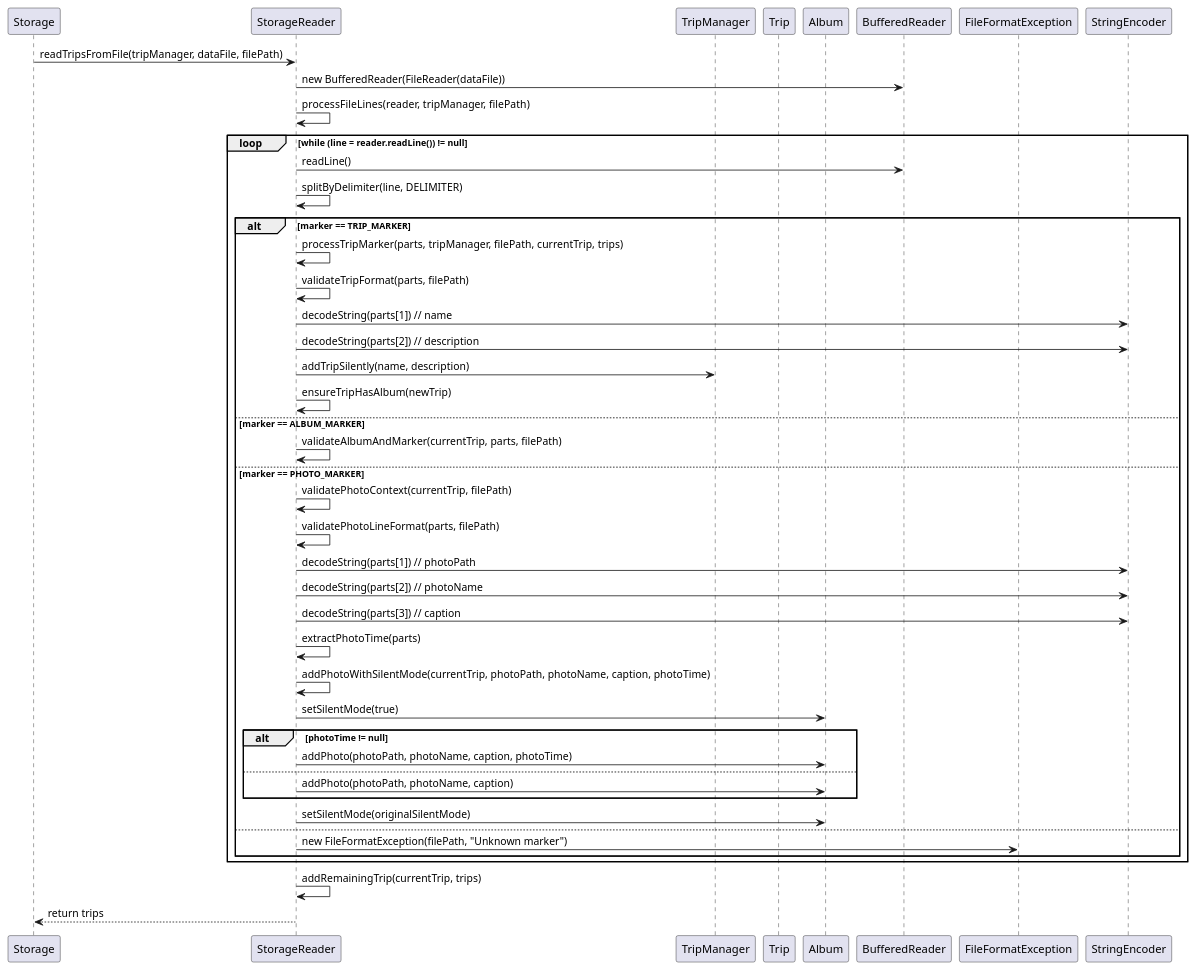
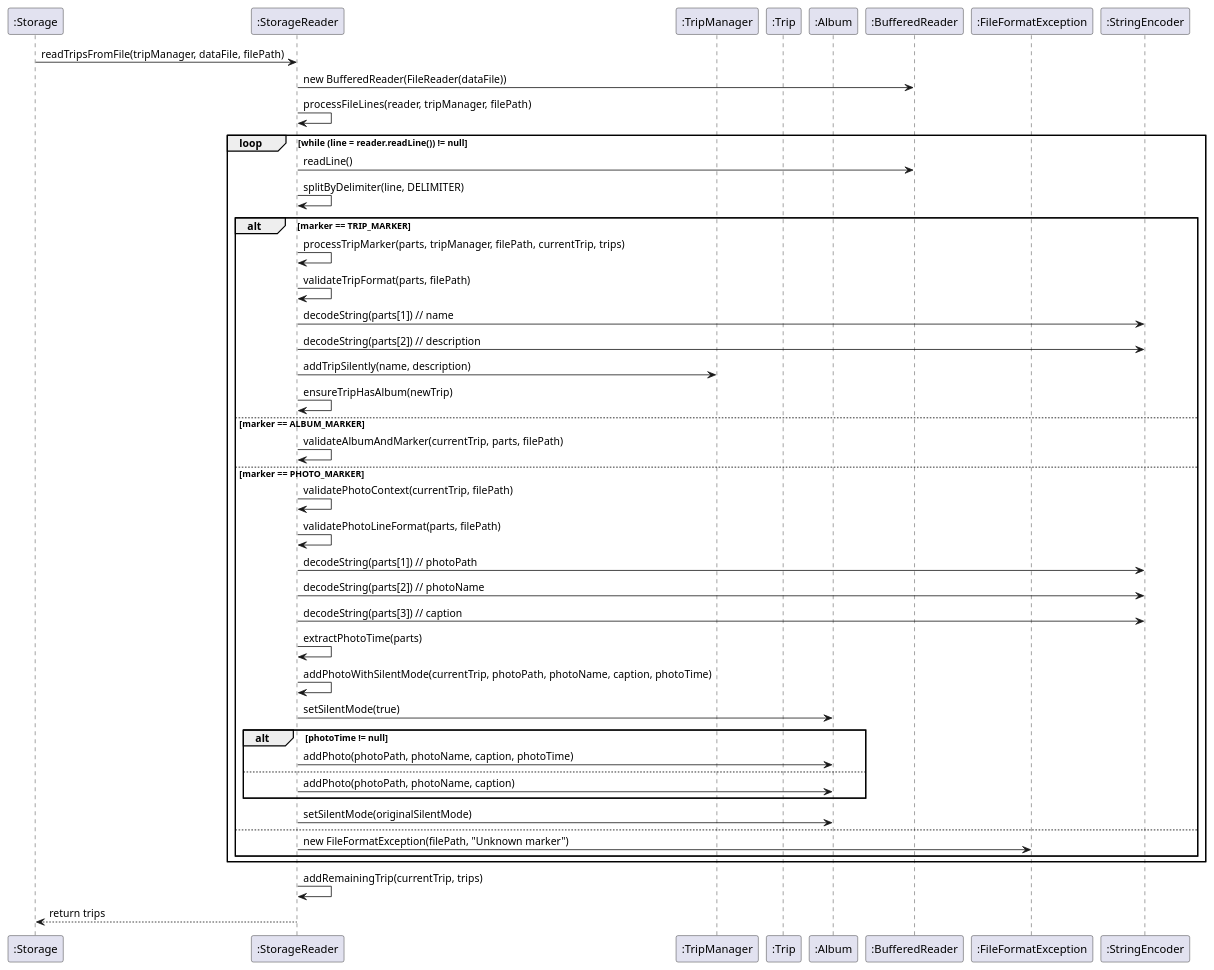
One commit to ojassurana/tp changed the diagram in docs/puml_files/StorageReader.puml. Above: the diagram before and after it, drawn with PlantUML. The commit also changed 2 other files, not shown here.

Commit message:
Add colon to sequence diagram

```diff
--- a/docs/puml_files/StorageReader.puml
+++ b/docs/puml_files/StorageReader.puml
@@ -1,54 +1,54 @@
 @startuml
-participant Storage
-participant StorageReader
-participant TripManager
-participant Trip
-participant Album
-participant BufferedReader
-participant FileFormatException
-participant StringEncoder
+participant ":Storage" as Storage
+participant ":StorageReader" as StorageReader
+participant ":TripManager" as TripManager
+participant ":Trip" as Trip
+participant ":Album" as Album
+participant ":BufferedReader" as BufferedReader
+participant ":FileFormatException" as FileFormatException
+participant ":StringEncoder" as StringEncoder
 
 Storage -> StorageReader: readTripsFromFile(tripManager, dataFile, filePath)
 StorageReader -> BufferedReader: new BufferedReader(FileReader(dataFile))
 StorageReader -> StorageReader: processFileLines(reader, tripManager, filePath)
 
 loop while (line = reader.readLine()) != null
     StorageReader -> BufferedReader: readLine()
     StorageReader -> StorageReader: splitByDelimiter(line, DELIMITER)
 
     alt marker == TRIP_MARKER
         StorageReader -> StorageReader: processTripMarker(parts, tripManager, filePath, currentTrip, trips)
         StorageReader -> StorageReader: validateTripFormat(parts, filePath)
         StorageReader -> StringEncoder: decodeString(parts[1]) // name
         StorageReader -> StringEncoder: decodeString(parts[2]) // description
         StorageReader -> TripManager: addTripSilently(name, description)
         StorageReader -> StorageReader: ensureTripHasAlbum(newTrip)
 
     else marker == ALBUM_MARKER
         StorageReader -> StorageReader: validateAlbumAndMarker(currentTrip, parts, filePath)
 
     else marker == PHOTO_MARKER
         StorageReader -> StorageReader: validatePhotoContext(currentTrip, filePath)
         StorageReader -> StorageReader: validatePhotoLineFormat(parts, filePath)
         StorageReader -> StringEncoder: decodeString(parts[1]) // photoPath
         StorageReader -> StringEncoder: decodeString(parts[2]) // photoName
         StorageReader -> StringEncoder: decodeString(parts[3]) // caption
         StorageReader -> StorageReader: extractPhotoTime(parts)
         StorageReader -> StorageReader: addPhotoWithSilentMode(currentTrip, photoPath, photoName, caption, photoTime)
         StorageReader -> Album: setSilentMode(true)
         alt photoTime != null
             StorageReader -> Album: addPhoto(photoPath, photoName, caption, photoTime)
         else
             StorageReader -> Album: addPhoto(photoPath, photoName, caption)
         end
         StorageReader -> Album: setSilentMode(originalSilentMode)
 
     else
         StorageReader -> FileFormatException: new FileFormatException(filePath, "Unknown marker")
     end
 end
 
 StorageReader -> StorageReader: addRemainingTrip(currentTrip, trips)
 StorageReader --> Storage: return trips
 
 @enduml
```
